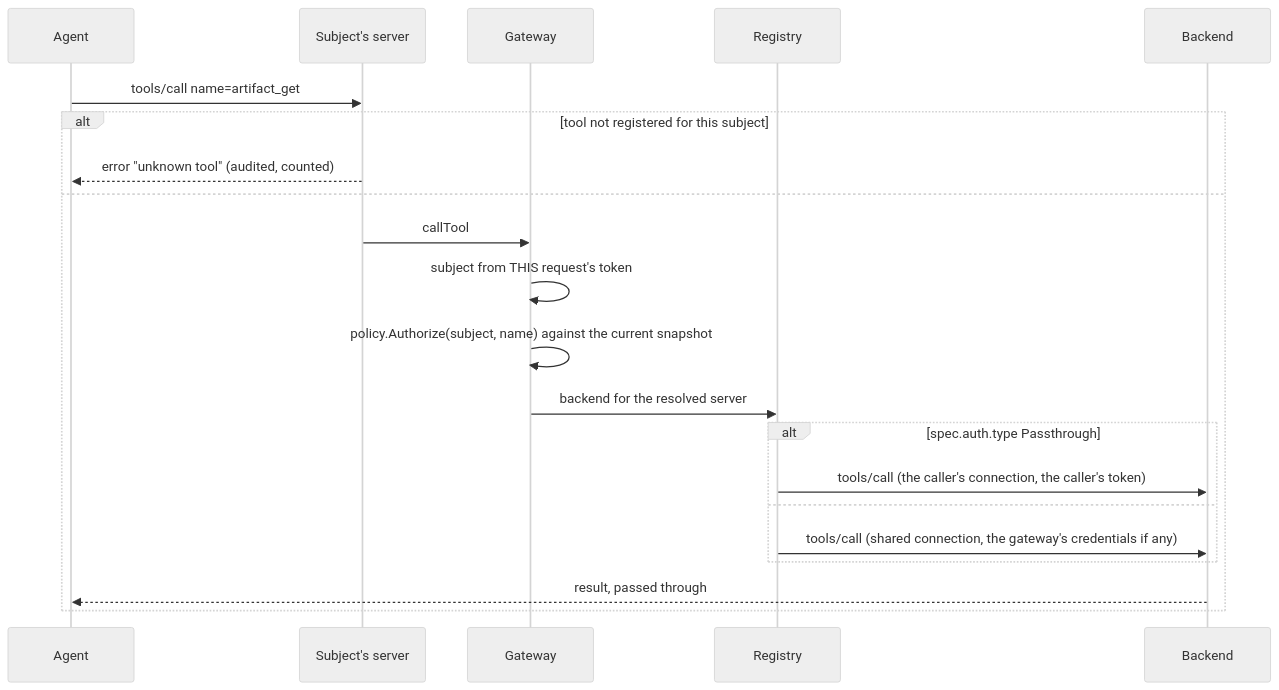
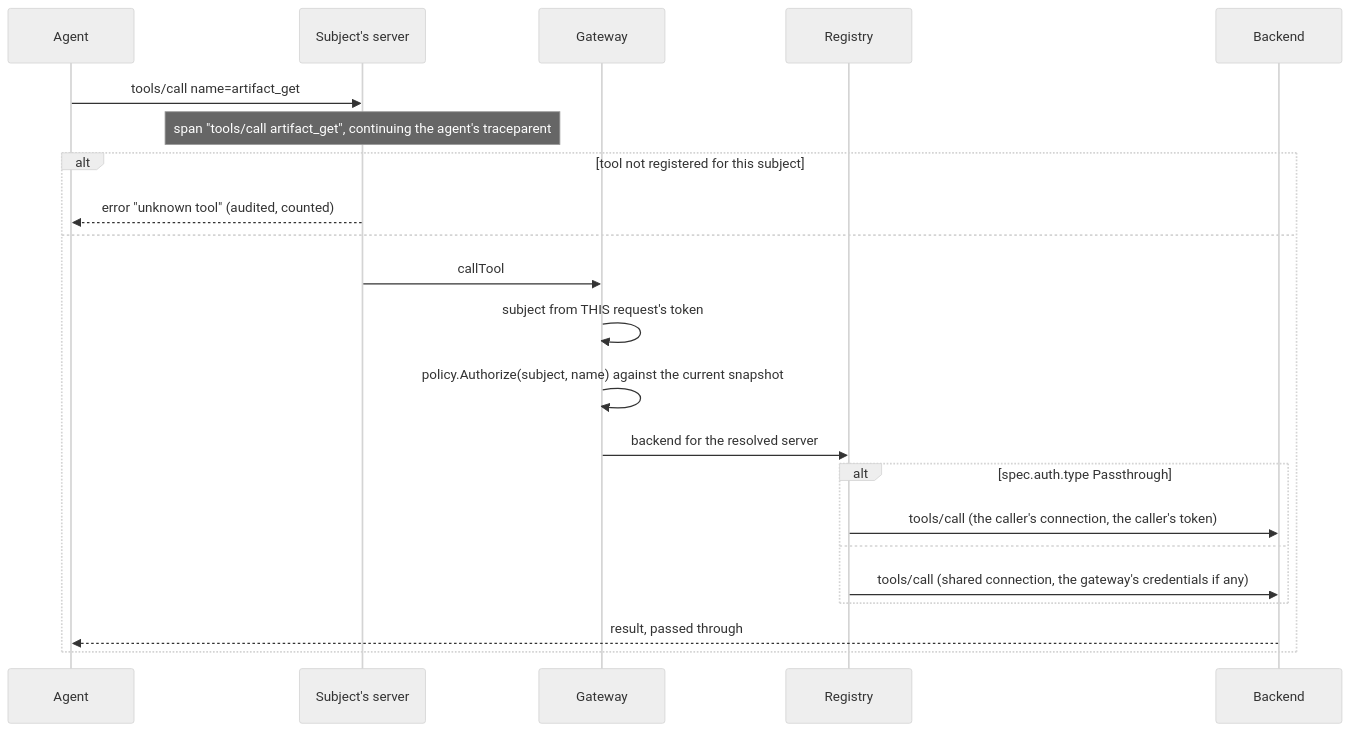
One commit to metapatrol/mcp-gateway changed the fourth of 5 diagrams in docs/architecture.md. Above: the diagram before and after it, drawn with Mermaid (neutral theme). The commit also changed other lines of this file and 9 other files, not shown here.

````diff
--- a/docs/architecture.md
+++ b/docs/architecture.md
@@ -251,24 +252,25 @@
 ```mermaid
 sequenceDiagram
     participant Agent
     participant S as Subject's server
     participant G as Gateway
     participant R as Registry
     participant B as Backend
 
     Agent->>S: tools/call name=artifact_get
+    Note over S: span "tools/call artifact_get", continuing the agent's traceparent
     alt tool not registered for this subject
         S-->>Agent: error "unknown tool" (audited, counted)
     else
         S->>G: callTool
         G->>G: subject from THIS request's token
         G->>G: policy.Authorize(subject, name) against the current snapshot
         G->>R: backend for the resolved server
         alt spec.auth.type Passthrough
             R->>B: tools/call (the caller's connection, the caller's token)
         else
             R->>B: tools/call (shared connection, the gateway's credentials if any)
         end
         B-->>Agent: result, passed through
     end
 ```
````
